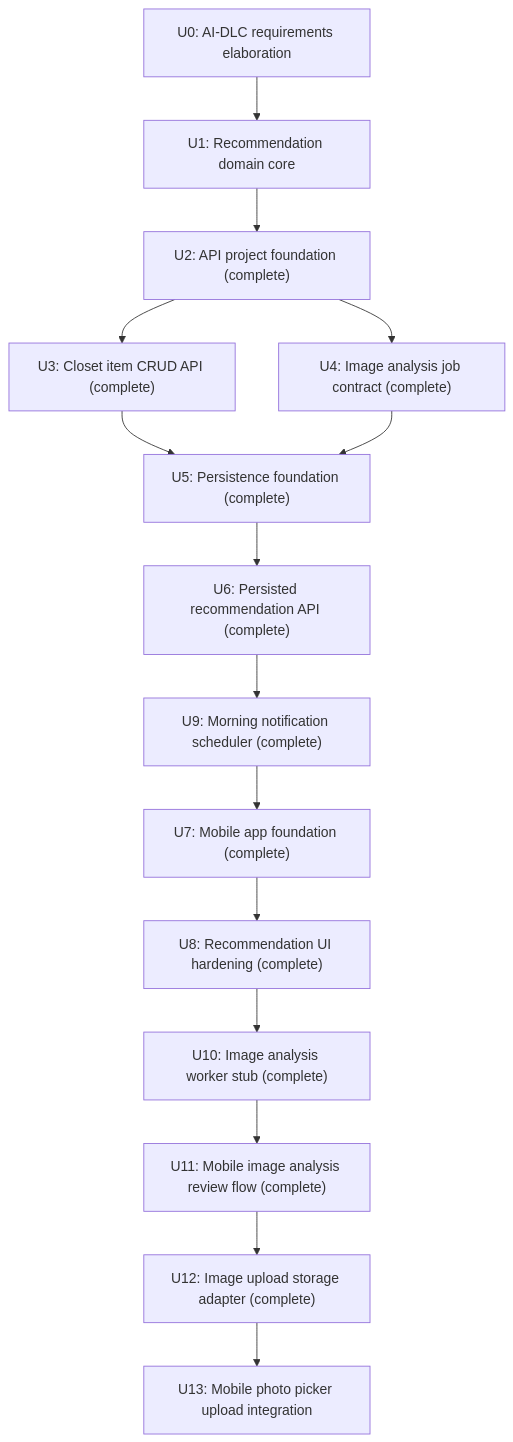
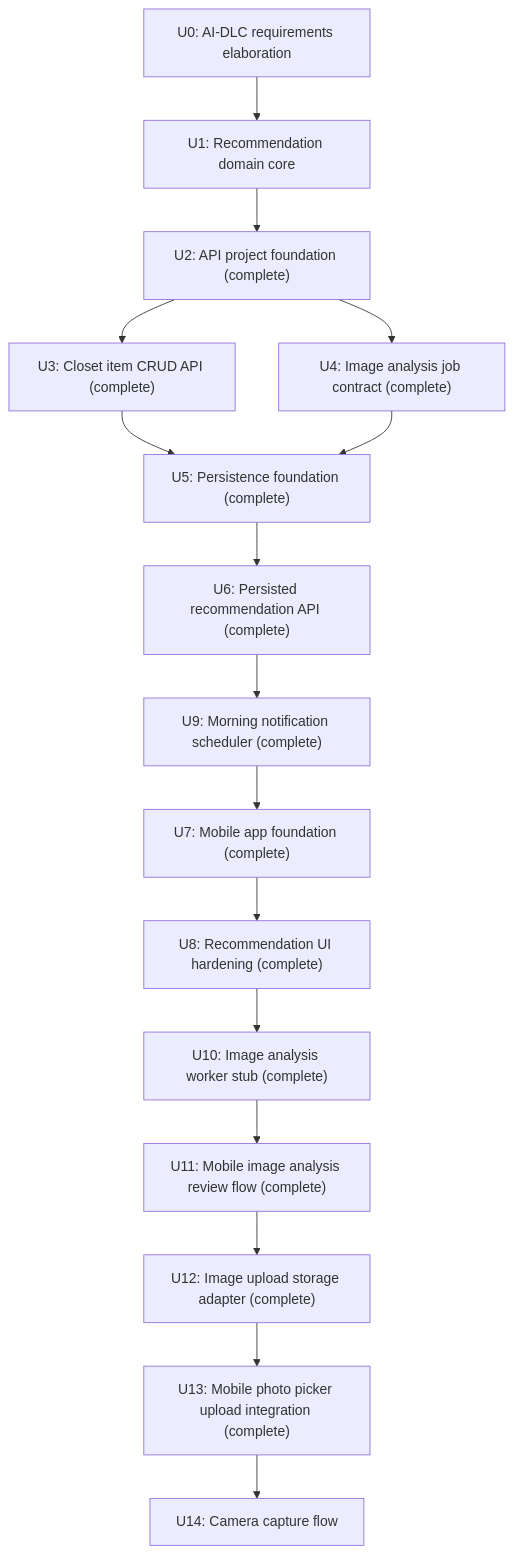
The diagram in requirements/ai_dlc/00_intent.md (idealization/Fitlog), drawn with Mermaid before and after one commit. The commit also changed other lines of this file and 8 other files, not shown here.

Commit message:
Add mobile photo picker upload flow

````diff
--- a/requirements/ai_dlc/00_intent.md
+++ b/requirements/ai_dlc/00_intent.md
@@ -30,17 +30,18 @@
 ```mermaid
 flowchart TD
     U0["U0: AI-DLC requirements elaboration"] --> U1["U1: Recommendation domain core"]
     U1 --> U2["U2: API project foundation (complete)"]
     U2 --> U3["U3: Closet item CRUD API (complete)"]
     U2 --> U4["U4: Image analysis job contract (complete)"]
     U3 --> U5["U5: Persistence foundation (complete)"]
     U4 --> U5
     U5 --> U6["U6: Persisted recommendation API (complete)"]
     U6 --> U9["U9: Morning notification scheduler (complete)"]
     U9 --> U7["U7: Mobile app foundation (complete)"]
     U7 --> U8["U8: Recommendation UI hardening (complete)"]
     U8 --> U10["U10: Image analysis worker stub (complete)"]
     U10 --> U11["U11: Mobile image analysis review flow (complete)"]
     U11 --> U12["U12: Image upload storage adapter (complete)"]
-    U12 --> U13["U13: Mobile photo picker upload integration"]
+    U12 --> U13["U13: Mobile photo picker upload integration (complete)"]
+    U13 --> U14["U14: Camera capture flow"]
 ```
````
